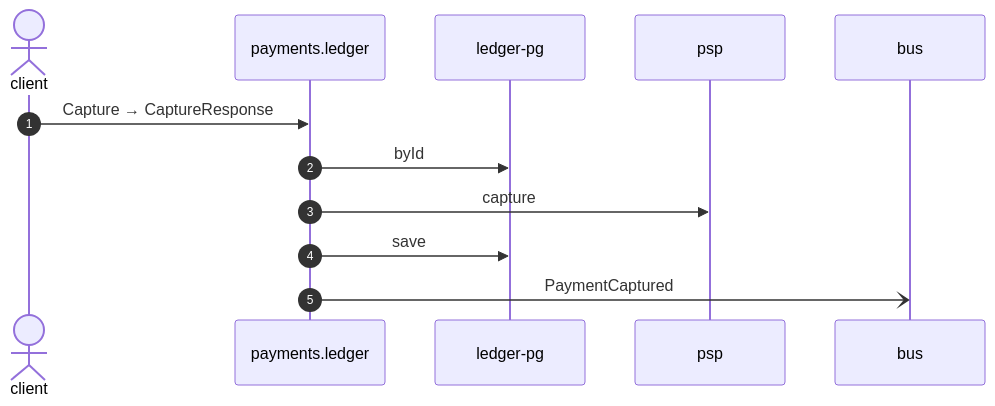
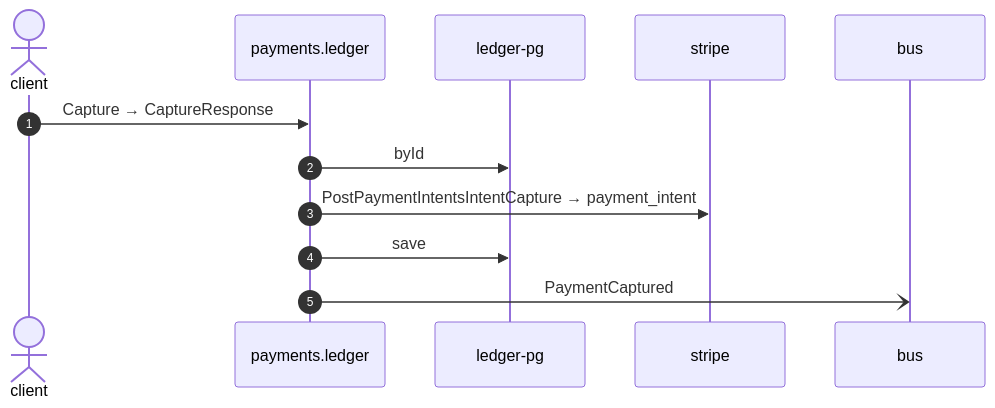
One commit to shortlink-org/portolan changed the diagram in docs/flows/ledger-capture.md. Above: the diagram before and after it, drawn with Mermaid. The commit also changed other lines of this file and 93 other files, not shown here.

````diff
--- a/docs/flows/ledger-capture.md
+++ b/docs/flows/ledger-capture.md
@@ -23,14 +23,14 @@
 ```mermaid
 sequenceDiagram
     autonumber
     actor p0 as client
     participant p1 as payments.ledger
     participant p2 as ledger-pg
-    participant p3 as psp
+    participant p3 as stripe
     participant p4 as bus
     p0->>p1: Capture → CaptureResponse
     p1->>p2: byId
-    p1->>p3: capture
+    p1->>p3: PostPaymentIntentsIntentCapture → payment_intent
     p1->>p2: save
     p1-)p4: PaymentCaptured
 ```
````
